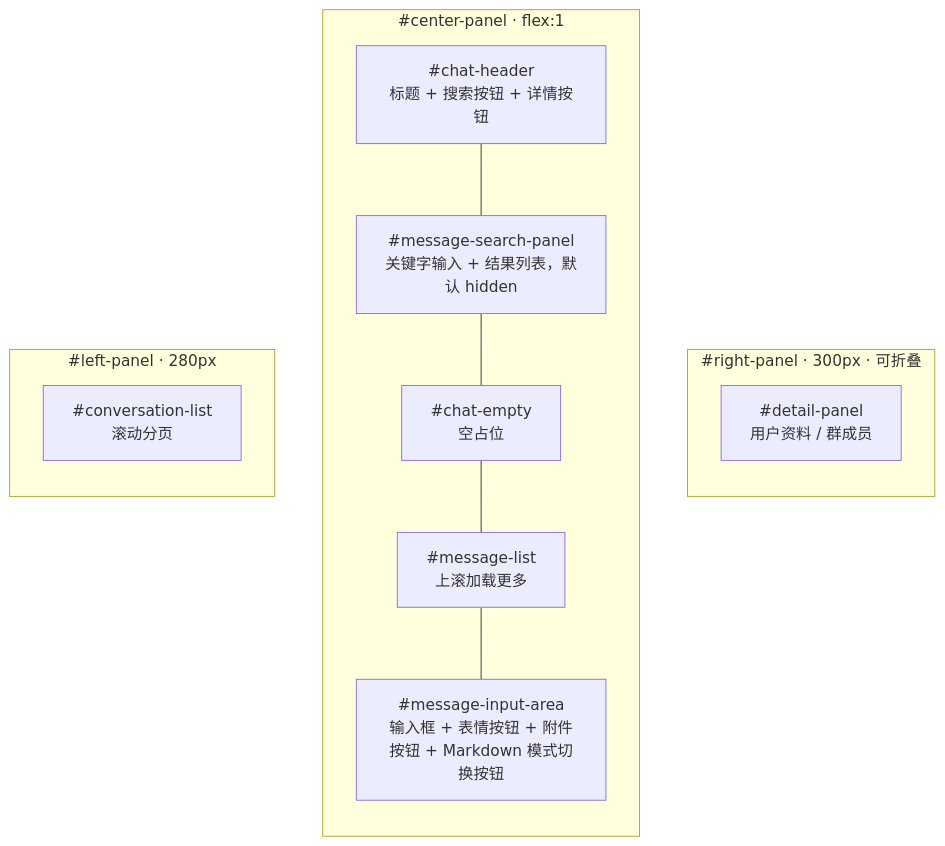
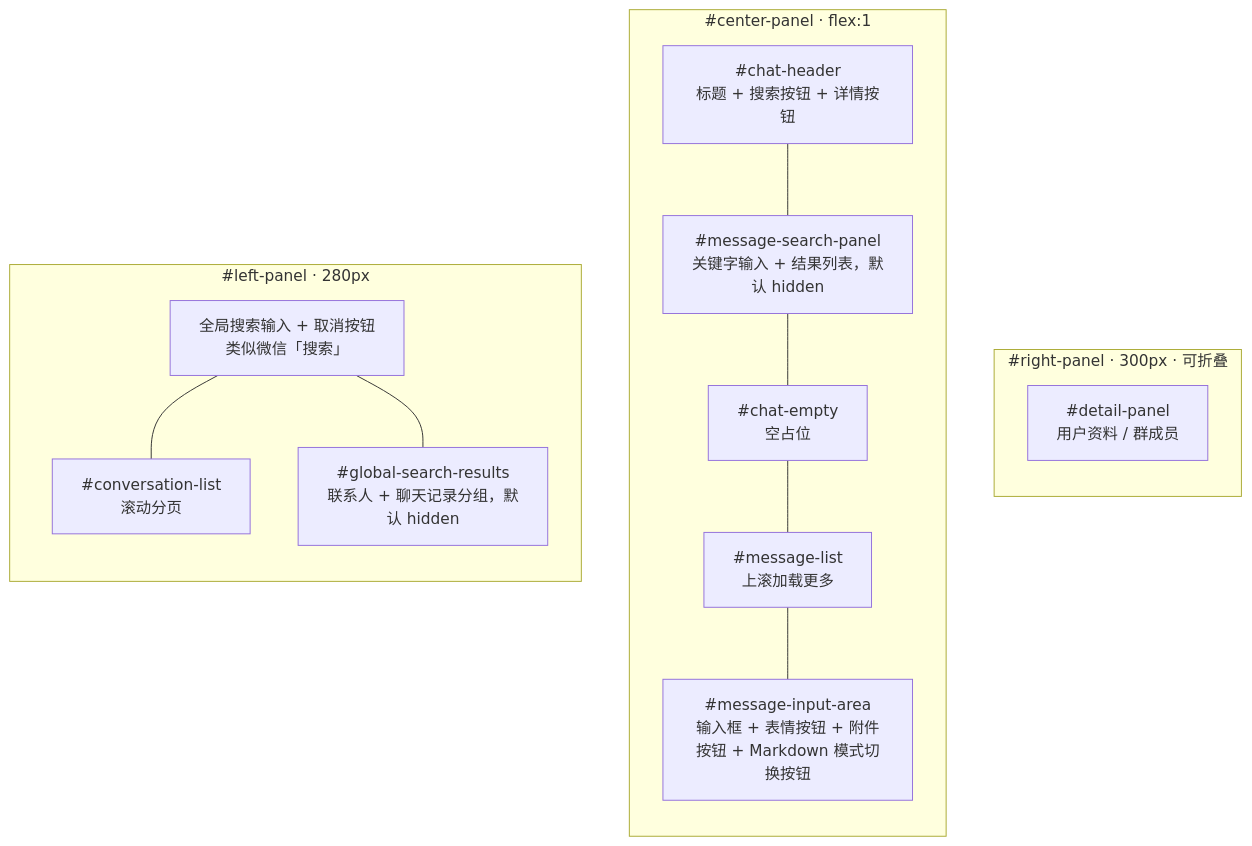
Before and after one commit to dacez/yimsg: the first of 3 diagrams in packages/uikit/docs/UI设计方案.md, drawn with Mermaid. The commit also changed other lines of this file and 11 other files, not shown here.

````diff
--- a/packages/uikit/docs/UI设计方案.md
+++ b/packages/uikit/docs/UI设计方案.md
@@ -145,22 +145,26 @@
 ```mermaid
 graph LR
     subgraph 左栏["#left-panel · 280px"]
+        L1["全局搜索输入 + 取消按钮<br/>类似微信「搜索」"]
         L2["#conversation-list<br/>滚动分页"]
+        L3["#global-search-results<br/>联系人 + 聊天记录分组，默认 hidden"]
+        L1 --- L2
+        L1 --- L3
     end
 
     subgraph 中栏["#center-panel · flex:1"]
         direction TB
         C1["#chat-header<br/>标题 + 搜索按钮 + 详情按钮"]
         C1b["#message-search-panel<br/>关键字输入 + 结果列表，默认 hidden"]
         C2["#chat-empty<br/>空占位"]
         C3["#message-list<br/>上滚加载更多"]
         C4["#message-input-area<br/>输入框 + 表情按钮 + 附件按钮 + Markdown 模式切换按钮"]
         C1 --- C1b --- C2 --- C3 --- C4
     end
 
     subgraph 右栏["#right-panel · 300px · 可折叠"]
         R1["#detail-panel<br/>用户资料 / 群成员"]
     end
 
     左栏 ~~~ 中栏 ~~~ 右栏
 ```
````
